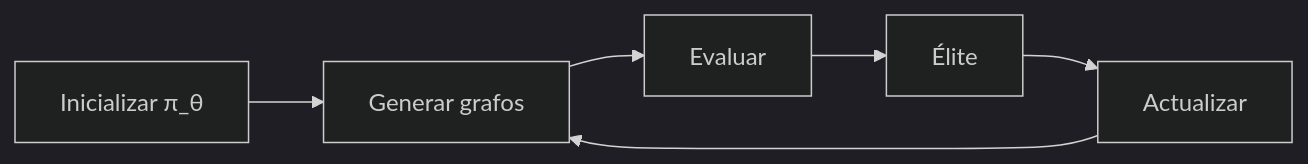
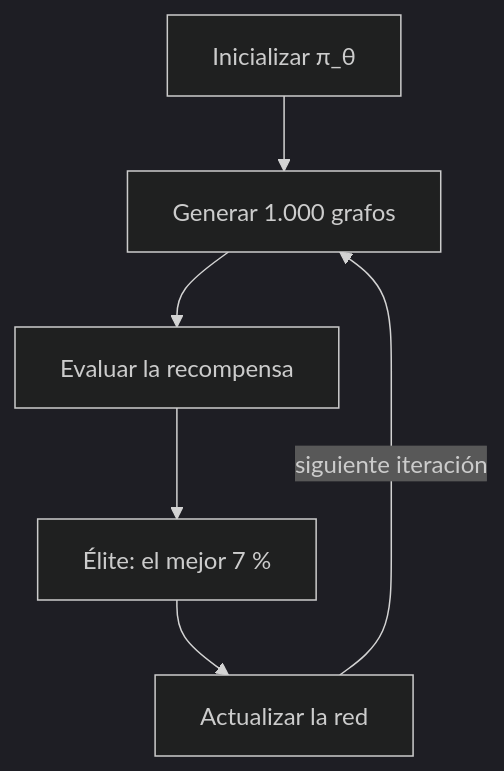
One commit to B3njjaman/rl-conjetura-stanley changed the diagram in README.md. Above: the diagram before and after it, drawn with Mermaid (dark theme). The commit also changed other lines of this file, not shown here.

Commit message:
README: diagrama de Wagner en vertical

````diff
--- a/README.md
+++ b/README.md
@@ -82,5 +82,5 @@
 ```mermaid
-flowchart LR
-    A["Inicializar π_θ"] --> B["Generar grafos"] --> C["Evaluar"] --> D["Élite"] --> E["Actualizar"]
-    E --> B
+flowchart TD
+    A["Inicializar π_θ"] --> B["Generar 1.000 grafos"] --> C["Evaluar la recompensa"] --> D["Élite: el mejor 7 %"] --> E["Actualizar la red"]
+    E -->|"siguiente iteración"| B
 ```
````
